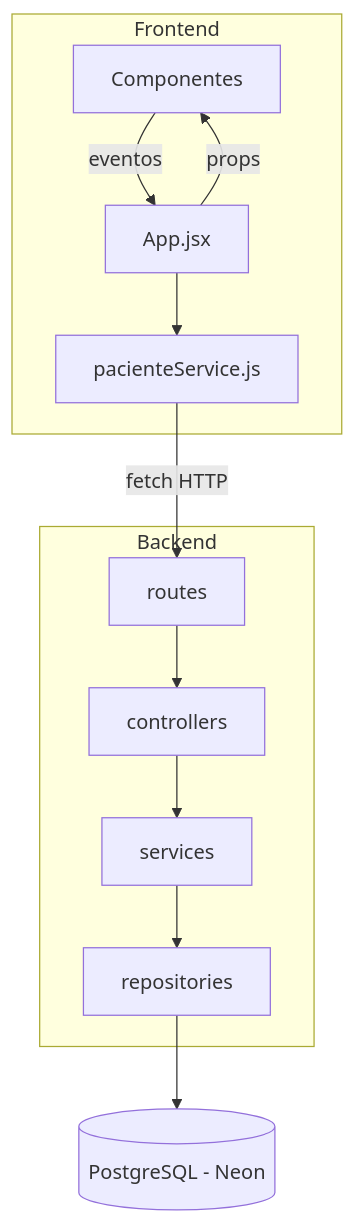
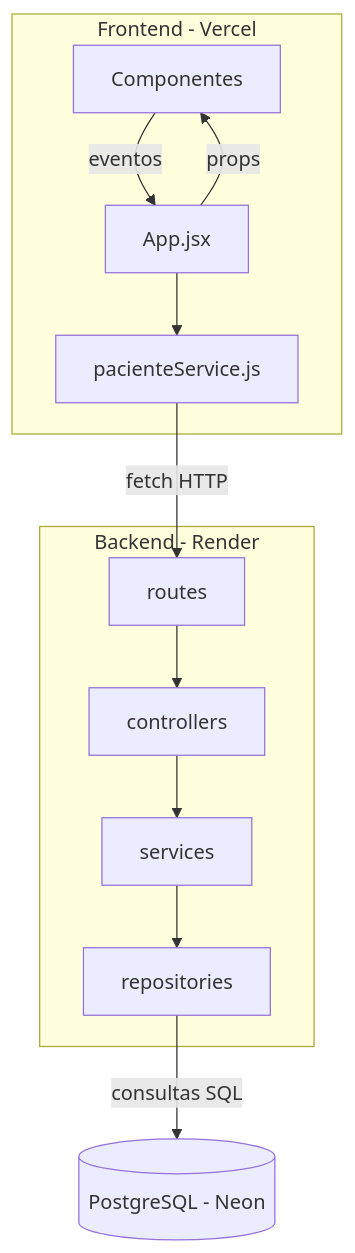
The diagram in README.md (Ina7dev/vetChiloe), drawn with Mermaid before and after one commit. The commit also changed other lines of this file, not shown here.

````diff
--- a/README.md
+++ b/README.md
@@ -47,17 +56,17 @@
 ```mermaid
 flowchart TD
-    subgraph Frontend
+    subgraph Frontend - Vercel
         A[Componentes] -->|eventos| B[App.jsx]
         B -->|props| A
         B --> C[pacienteService.js]
     end
 
-    subgraph Backend
+    subgraph Backend - Render
         D[routes] --> E[controllers]
         E --> F[services]
         F --> G[repositories]
     end
 
     C -->|fetch HTTP| D
-    G --> H[(PostgreSQL - Neon)]
+    G -->|consultas SQL| H[(PostgreSQL - Neon)]
 ```
````
